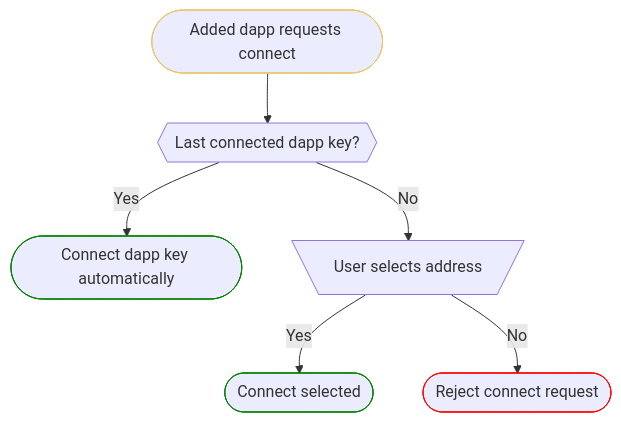
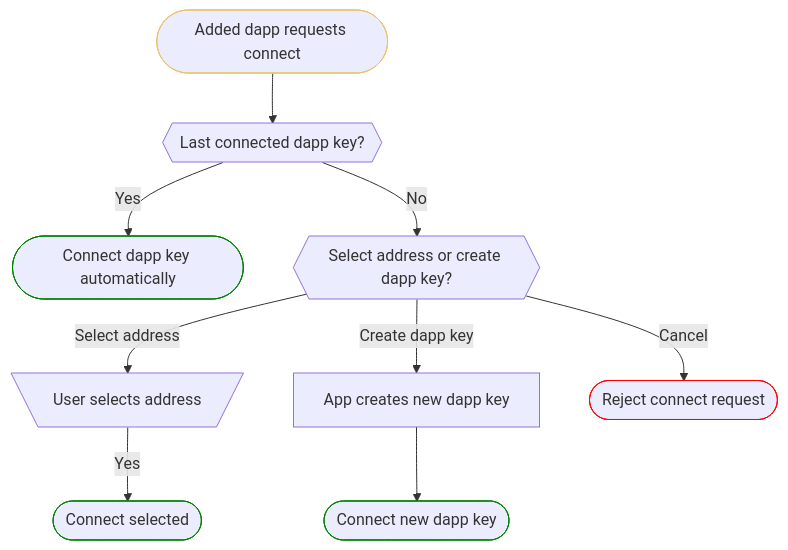
Before and after one commit to sealvault/sealvault: the second of 2 diagrams in website/src/dev-docs/design/in-page-provider.md, drawn with Mermaid. The commit also changed other lines of this file and 1 other file, not shown here.

Commit message:
Update dapp connect flows

````diff
--- a/website/src/dev-docs/design/in-page-provider.md
+++ b/website/src/dev-docs/design/in-page-provider.md
@@ -156,17 +164,20 @@
 ```mermaid
 flowchart TB
     added_dapp([Added dapp requests connect]) -->  last_connected{{Last connected dapp key?}}
     last_connected -- Yes --> connect_dapp_key([Connect dapp key automatically])
-    last_connected -- No --> select_address[\User selects address/]
+    last_connected -- No --> select_or_create{{Select address or create dapp key?}}
+    select_or_create -- Select address --> select_address[\User selects address/]
+    select_or_create -- Create dapp key --> create_key[App creates new dapp key]
+    create_key --> connect_new([Connect new dapp key])
     select_address -- Yes --> connect_selected([Connect selected])
-    select_address -- No --> reject([Reject connect request])
+    select_or_create -- Cancel --> reject([Reject connect request])
     
     %% CSS-based class defs don't work
     classDef green stroke:green;
     classDef red stroke:red;
     classDef yellow stroke:#e9c46a;
-    class connect_dapp_key,connect_selected green
+    class connect_new,connect_selected,connect_dapp_key green
     class added_dapp yellow
     class reject red
 
 ```
````
